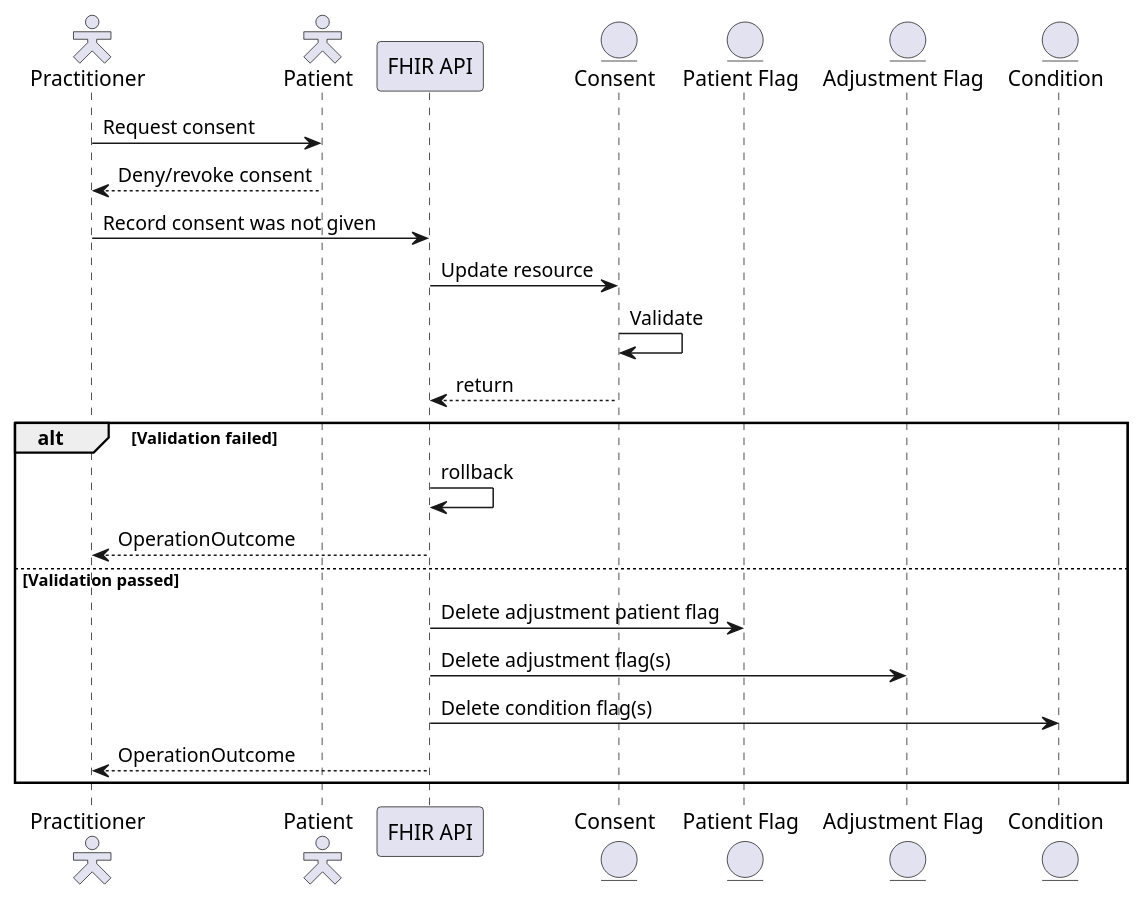
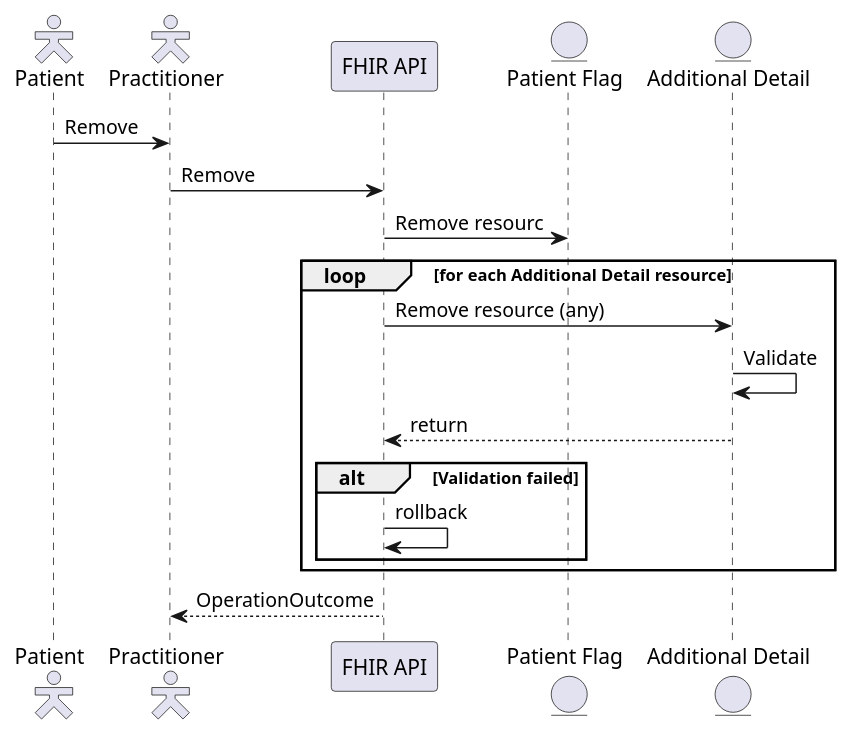
The diagram in input/images-source/remove-pf-record-sequence.plantuml (NHSDigital/ra-sandbox), drawn with PlantUML before and after one commit.

Commit message:
remove pf record diags

```diff
--- a/input/images-source/remove-pf-record-sequence.plantuml
+++ b/input/images-source/remove-pf-record-sequence.plantuml
@@ -1,30 +1,27 @@
 @startuml
 
 skinparam actorStyle hollow
 
+actor        "Patient"          as pat
 actor        "Practitioner"     as pra
-actor        "Patient"          as pat
 participant  "FHIR API"         as api
-entity       "Consent"          as con
 entity       "Patient Flag"     as pfg
-entity       "Adjustment Flag"  as adj
-entity       "Condition"        as cod
+entity       "Additional Detail"  as add
 
-  pra ->  pat : Request consent
-  pra <-- pat : Deny/revoke consent
+  pat ->  pra : Remove
+  pra ->  api : Remove
+  api ->  pfg : Remove resourc
+  
 
-  pra ->  api : Record consent was not given
-  api ->  con : Update resource
-  con ->  con : Validate
-  api <-- con : return
+loop for each Additional Detail resource
+  api ->  add : Remove resource (any)
+  add ->  add : Validate
+  api <-- add : return
   alt Validation failed
     api -> api : rollback
-    pra <-- api : OperationOutcome
-  else Validation passed
-    api ->  pfg : Delete adjustment patient flag
-    api ->  adj : Delete adjustment flag(s)
-    api ->  cod : Delete condition flag(s)
-    pra <-- api : OperationOutcome
   end
+end
+
+pra <-- api : OperationOutcome
 
 @enduml
```
